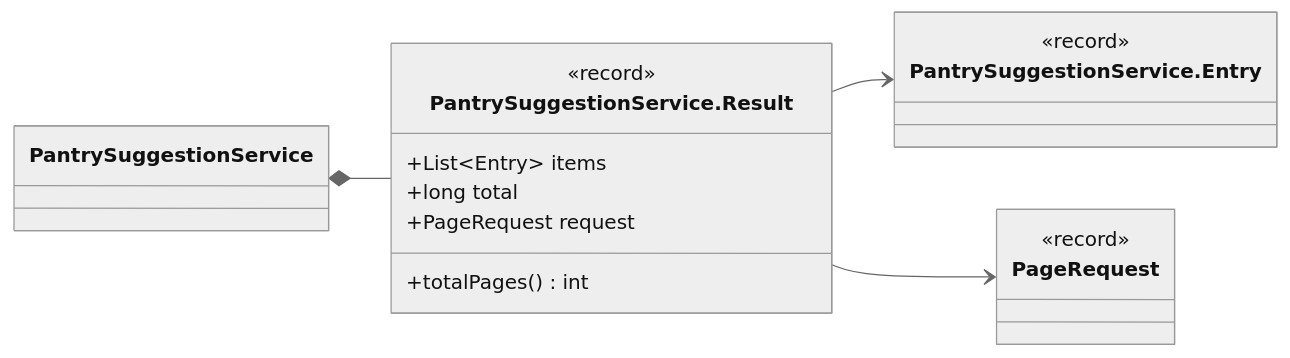
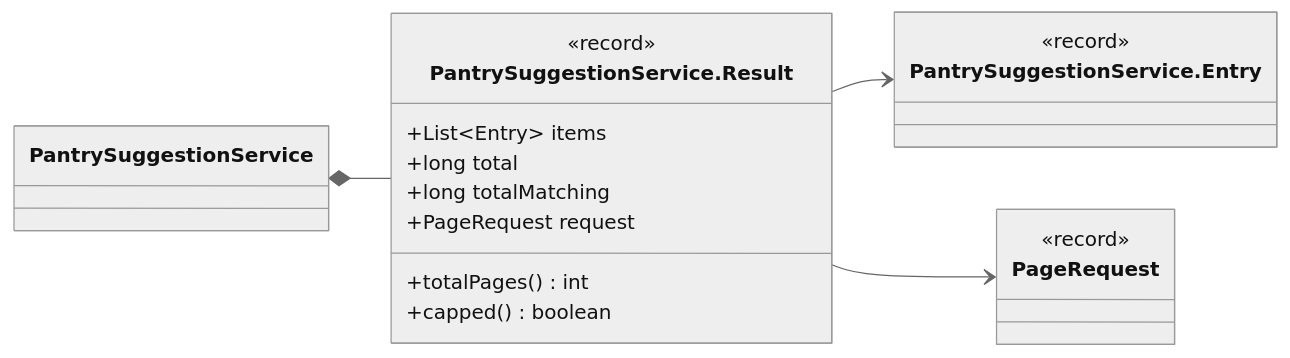
Before and after one commit to Nate-ryan-7690/dahaem: the tenth of 13 diagrams in docs/classes/suggestions.md, drawn with Mermaid (neutral theme). The commit also changed other lines of this file and 16 other files, not shown here.

````diff
--- a/docs/classes/suggestions.md
+++ b/docs/classes/suggestions.md
@@ -459,21 +482,23 @@
 ```mermaid
 classDiagram
     direction LR
     class suggestions_PantrySuggestionService_Result["PantrySuggestionService.Result"] {
         <<record>>
         +List~Entry~ items
         +long total
+        +long totalMatching
         +PageRequest request
         +totalPages() int
+        +capped() boolean
     }
     class suggestions_PantrySuggestionService["PantrySuggestionService"]
     class suggestions_PantrySuggestionService_Entry["PantrySuggestionService.Entry"] {
         <<record>>
     }
     class shared_PageRequest["PageRequest"] {
         <<record>>
     }
     suggestions_PantrySuggestionService_Result --> suggestions_PantrySuggestionService_Entry
     suggestions_PantrySuggestionService_Result --> shared_PageRequest
     suggestions_PantrySuggestionService *-- suggestions_PantrySuggestionService_Result
 ```
````
